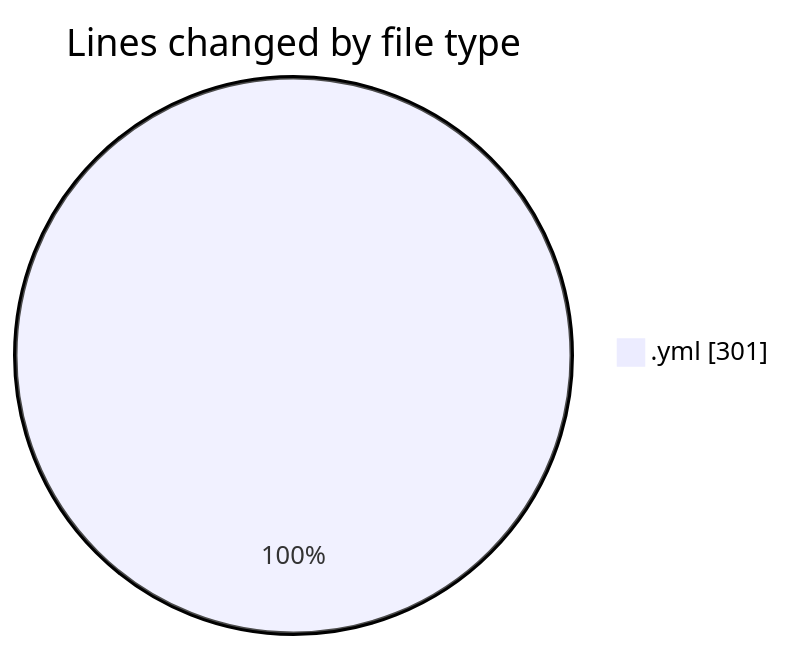
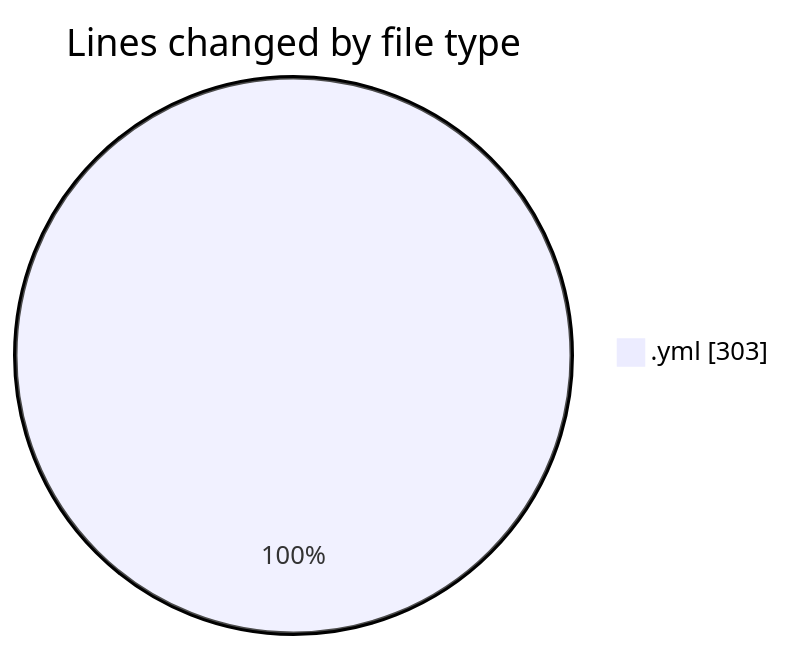
One commit to Netris89/code-tracking changed the first of 2 diagrams in 2025-04-23/back-end/README.md. Above: the diagram before and after it, drawn with Mermaid. The commit also changed other lines of this file and 1 other file, not shown here.

````diff
--- a/2025-04-23/back-end/README.md
+++ b/2025-04-23/back-end/README.md
@@ -22,5 +22,5 @@
 ```mermaid
 pie showData
 title Lines changed by file type
-".yml" : 301
+".yml" : 303
 ```
````
